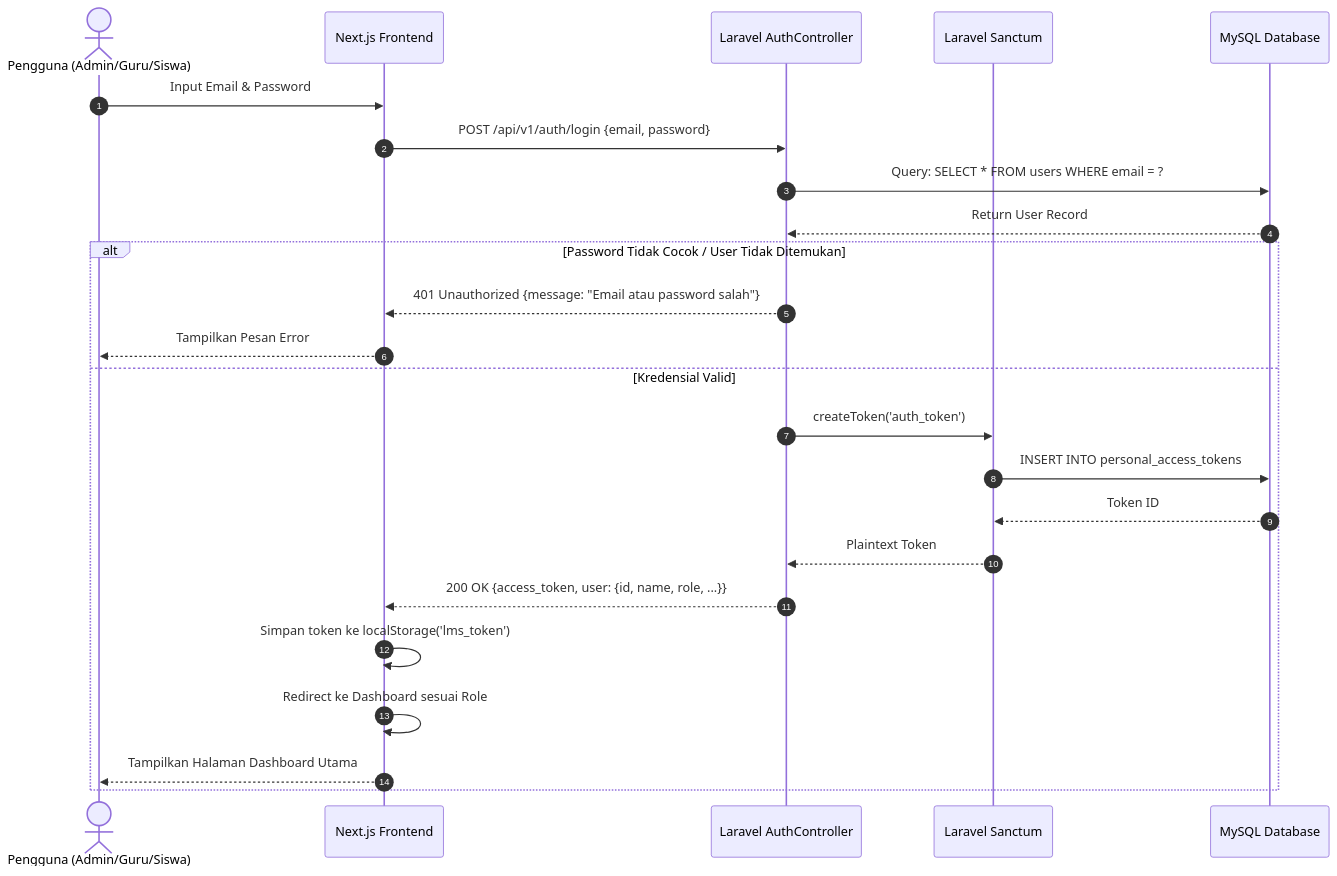
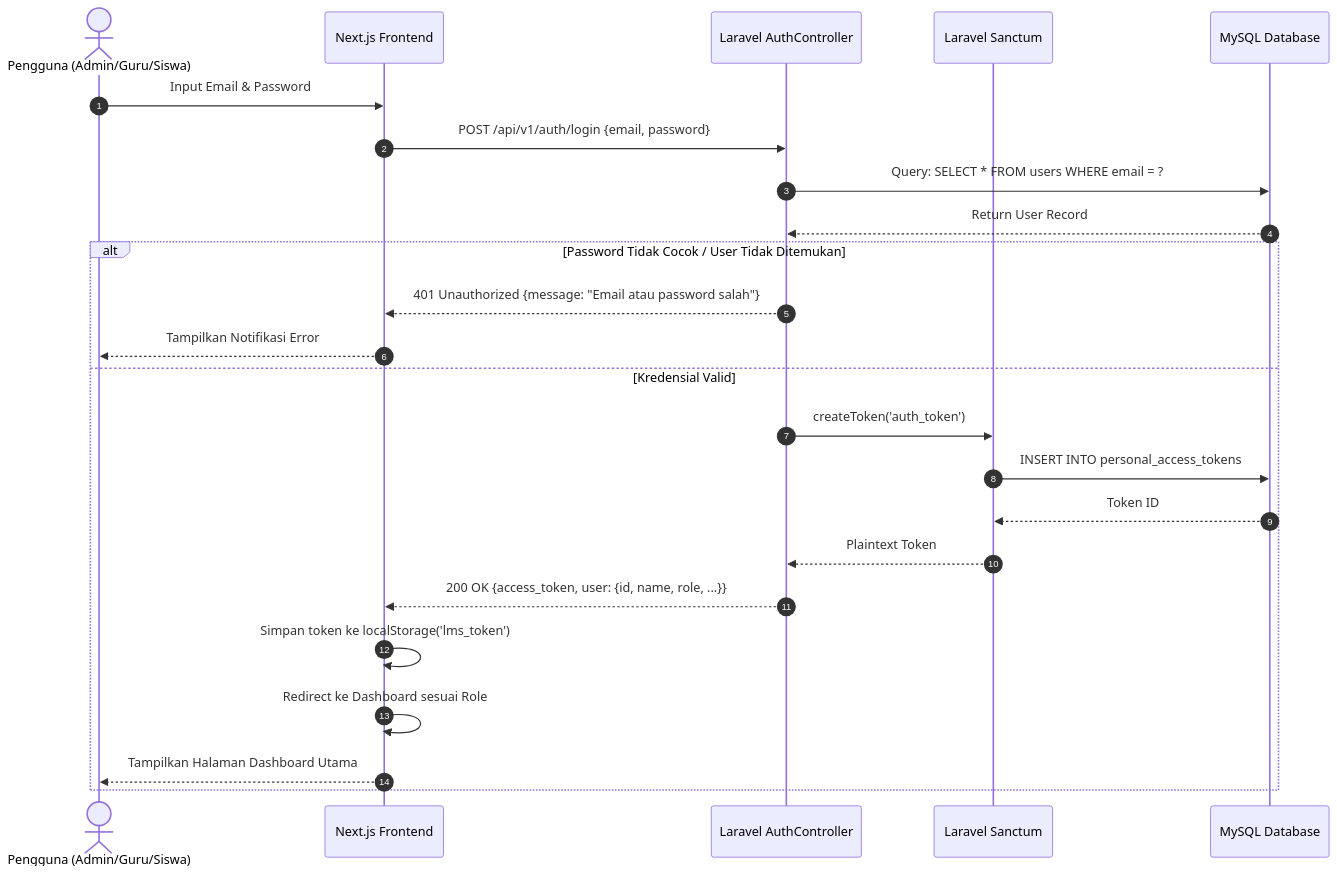
One commit to ferydwi-stack/Deploy_LMS changed the fifth of 7 diagrams in DIAGRAMS_DOKUMENTASI.md. Above: the diagram before and after it, drawn with Mermaid. The commit also changed other lines of this file and 19 other files, not shown here.

Commit message:
docs: consolidate unified Use Case, unified ERD, and unified Flowchart into single master diagrams and regenerate SVG images

````diff
--- a/DIAGRAMS_DOKUMENTASI.md
+++ b/DIAGRAMS_DOKUMENTASI.md
@@ -499,28 +445,28 @@
 ```mermaid
 sequenceDiagram
     autonumber
     actor User as Pengguna (Admin/Guru/Siswa)
     participant UI as Next.js Frontend
     participant API as Laravel AuthController
     participant Sanctum as Laravel Sanctum
     participant DB as MySQL Database
 
     User->>UI: Input Email & Password
     UI->>API: POST /api/v1/auth/login {email, password}
     API->>DB: Query: SELECT * FROM users WHERE email = ?
     DB-->>API: Return User Record
     
     alt Password Tidak Cocok / User Tidak Ditemukan
         API-->>UI: 401 Unauthorized {message: "Email atau password salah"}
-        UI-->>User: Tampilkan Pesan Error
+        UI-->>User: Tampilkan Notifikasi Error
     else Kredensial Valid
         API->>Sanctum: createToken('auth_token')
         Sanctum->>DB: INSERT INTO personal_access_tokens
         DB-->>Sanctum: Token ID
         Sanctum-->>API: Plaintext Token
         API-->>UI: 200 OK {access_token, user: {id, name, role, ...}}
         UI->>UI: Simpan token ke localStorage('lms_token')
         UI->>UI: Redirect ke Dashboard sesuai Role
         UI-->>User: Tampilkan Halaman Dashboard Utama
     end
 ```
````
